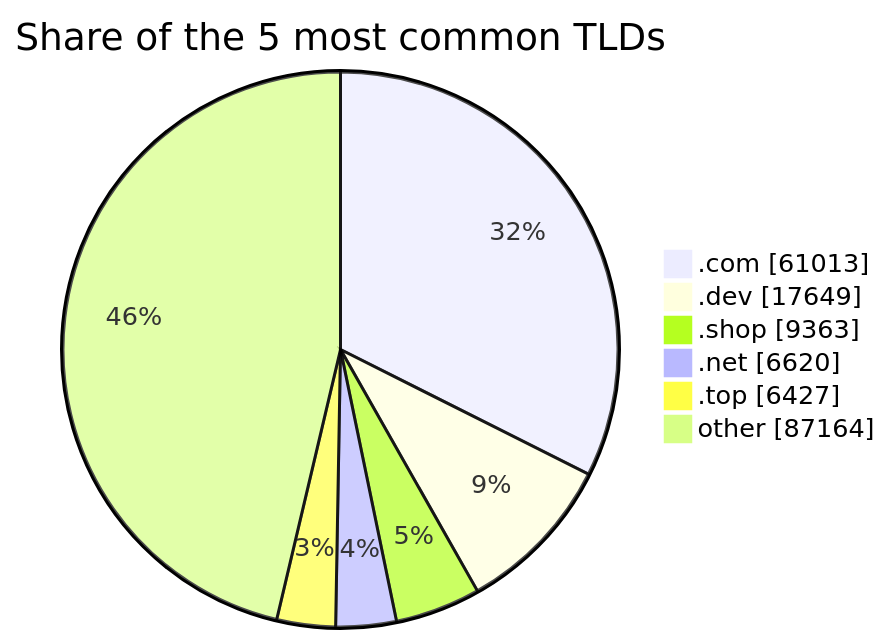
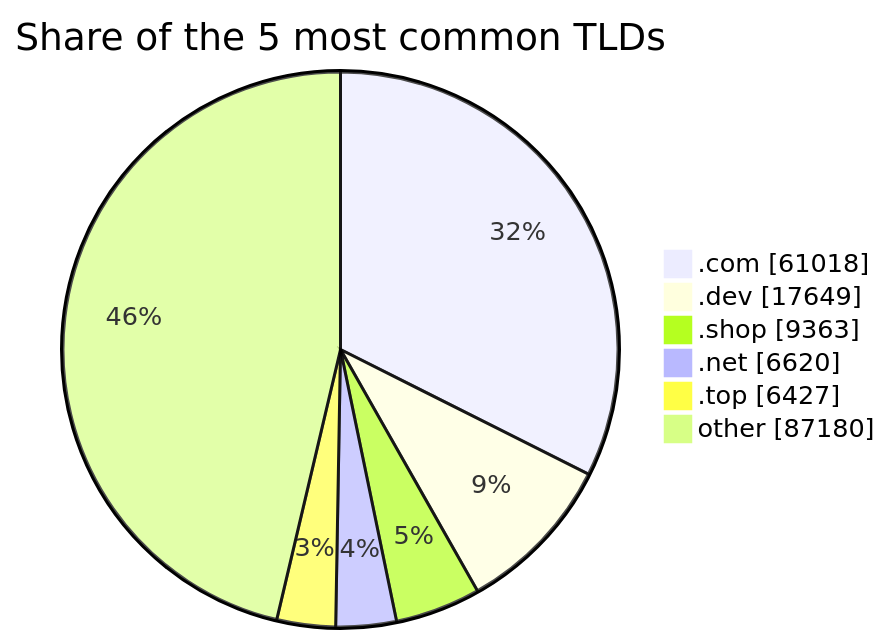
One commit to DNSBunker/CTI changed the third of 3 diagrams in README.md. Above: the diagram before and after it, drawn with Mermaid. The commit also changed other lines of this file and 3 other files, not shown here.

````diff
--- a/README.md
+++ b/README.md
@@ -81,9 +81,9 @@
 ```mermaid
 pie showData title Share of the 5 most common TLDs
-    ".com" : 61013
+    ".com" : 61018
     ".dev" : 17649
     ".shop" : 9363
     ".net" : 6620
     ".top" : 6427
-    "other" : 87164
+    "other" : 87180
 ```
````
